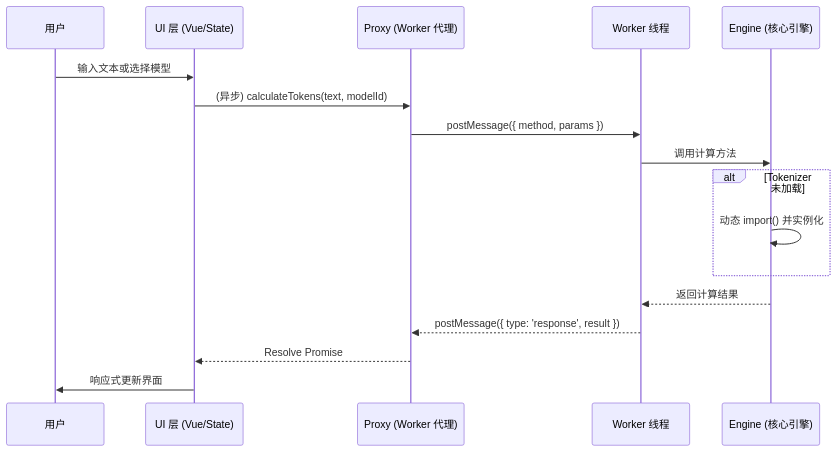
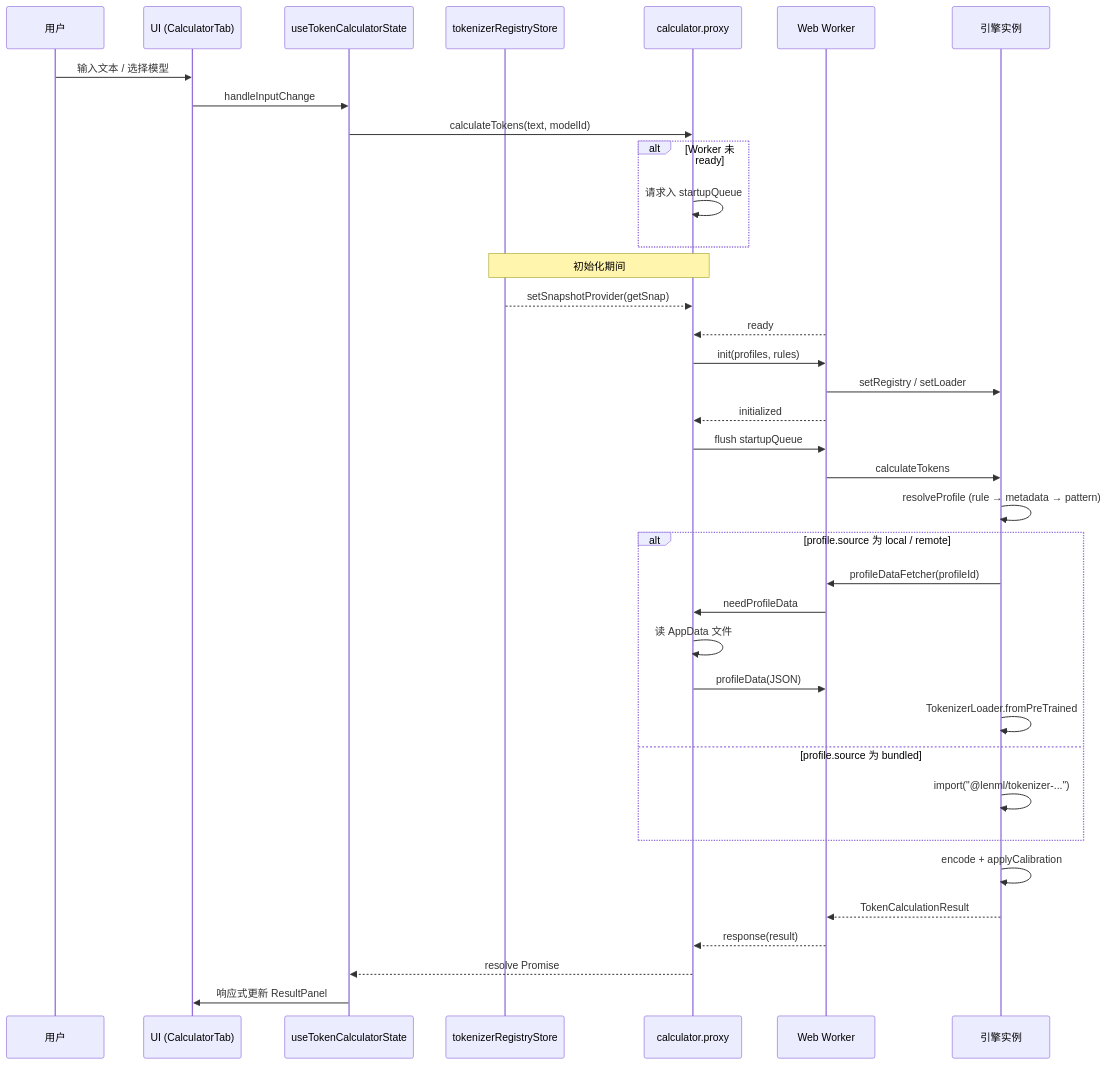
One commit to miaotouy/aio-hub changed the diagram in src/tools/token-calculator/ARCHITECTURE.md. Above: the diagram before and after it, drawn with Mermaid. The commit also changed other lines of this file and 17 other files, not shown here.

First line of the commit message:
feat(token-calculator): 引入分词器资产注册表架构，重构核心引擎与 UI

````diff
--- a/src/tools/token-calculator/ARCHITECTURE.md
+++ b/src/tools/token-calculator/ARCHITECTURE.md
@@ -59,23 +94,45 @@
 ```mermaid
 sequenceDiagram
     participant User as 用户
-    participant UI as UI 层 (Vue/State)
-    participant Proxy as Proxy (Worker 代理)
-    participant Worker as Worker 线程
-    participant Engine as Engine (核心引擎)
+    participant UI as UI (CalculatorTab)
+    participant State as useTokenCalculatorState
+    participant Store as tokenizerRegistryStore
+    participant Proxy as calculator.proxy
+    participant Worker as Web Worker
+    participant Engine as 引擎实例
 
-    User->>UI: 输入文本或选择模型
-    UI->>Proxy: (异步) calculateTokens(text, modelId)
-    Proxy->>Worker: postMessage({ method, params })
+    User->>UI: 输入文本 / 选择模型
+    UI->>State: handleInputChange
+    State->>Proxy: calculateTokens(text, modelId)
 
-    Worker->>Engine: 调用计算方法
-
-    alt Tokenizer 未加载
-        Engine->>Engine: 动态 import() 并实例化
+    alt Worker 未 ready
+        Proxy->>Proxy: 请求入 startupQueue
     end
 
-    Engine-->>Worker: 返回计算结果
-    Worker-->>Proxy: postMessage({ type: 'response', result })
-    Proxy-->>UI: Resolve Promise
-    UI->>User: 响应式更新界面
+    Note over Store,Proxy: 初始化期间
+    Store-->>Proxy: setSnapshotProvider(getSnap)
+    Worker-->>Proxy: ready
+    Proxy->>Worker: init(profiles, rules)
+    Worker->>Engine: setRegistry / setLoader
+    Worker-->>Proxy: initialized
+    Proxy->>Worker: flush startupQueue
+
+    Worker->>Engine: calculateTokens
+    Engine->>Engine: resolveProfile (rule → metadata → pattern)
+
+    alt profile.source 为 local / remote
+        Engine->>Worker: profileDataFetcher(profileId)
+        Worker->>Proxy: needProfileData
+        Proxy->>Proxy: 读 AppData 文件
+        Proxy->>Worker: profileData(JSON)
+        Engine->>Engine: TokenizerLoader.fromPreTrained
+    else profile.source 为 bundled
+        Engine->>Engine: import("@lenml/tokenizer-...")
+    end
+
+    Engine->>Engine: encode + applyCalibration
+    Engine-->>Worker: TokenCalculationResult
+    Worker-->>Proxy: response(result)
+    Proxy-->>State: resolve Promise
+    State->>UI: 响应式更新 ResultPanel
 ```
````
